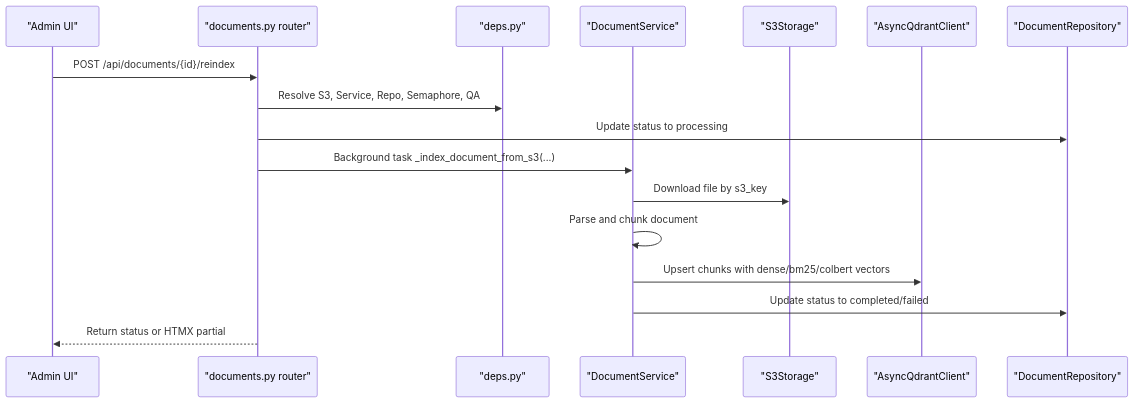
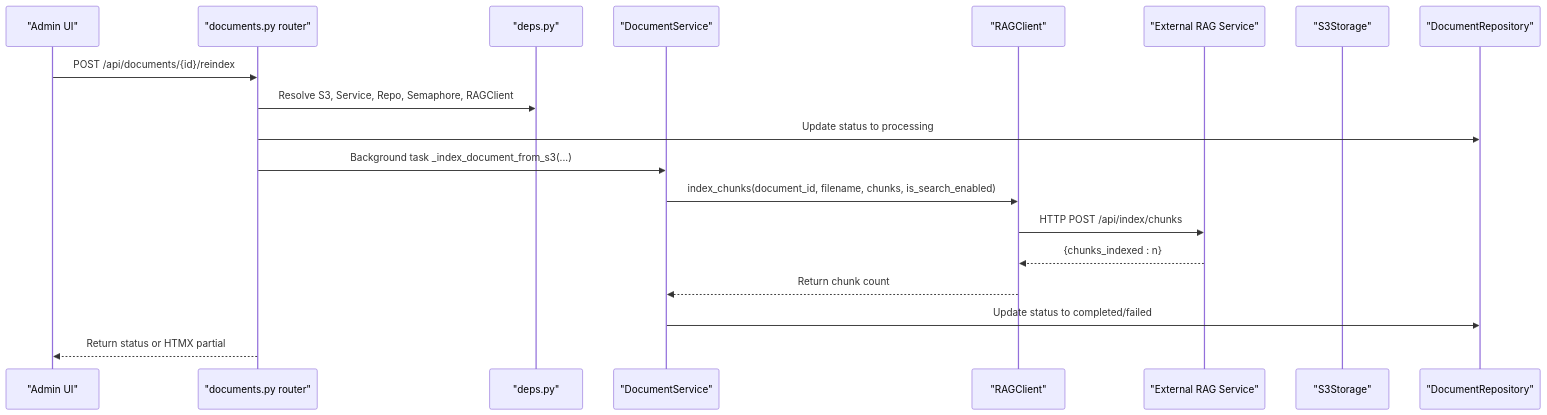
One commit to ognelis/cafetera_hr_bot changed the fifth of 10 diagrams in .qoder/repowiki/en/content/VK Integration/Admin Package Integration.md. Above: the diagram before and after it, drawn with Mermaid. The commit also changed other lines of this file and 69 other files, not shown here.

Commit message:
CAFETERA-62 Implemented RAG service

````diff
--- a/.qoder/repowiki/en/content/VK Integration/Admin Package Integration.md
+++ b/.qoder/repowiki/en/content/VK Integration/Admin Package Integration.md
@@ -191,19 +194,21 @@
 ```mermaid
 sequenceDiagram
 participant Client as "Admin UI"
 participant Docs as "documents.py router"
 participant Deps as "deps.py"
 participant Svc as "DocumentService"
+participant RAGClient as "RAGClient"
+participant RAGService as "External RAG Service"
 participant S3 as "S3Storage"
-participant Qdrant as "AsyncQdrantClient"
 participant Repo as "DocumentRepository"
 Client->>Docs : POST /api/documents/{id}/reindex
-Docs->>Deps : Resolve S3, Service, Repo, Semaphore, QA
+Docs->>Deps : Resolve S3, Service, Repo, Semaphore, RAGClient
 Docs->>Repo : Update status to processing
 Docs->>Svc : Background task _index_document_from_s3(...)
-Svc->>S3 : Download file by s3_key
-Svc->>Svc : Parse and chunk document
-Svc->>Qdrant : Upsert chunks with dense/bm25/colbert vectors
+Svc->>RAGClient : index_chunks(document_id, filename, chunks, is_search_enabled)
+RAGClient->>RAGService : HTTP POST /api/index/chunks
+RAGService-->>RAGClient : {chunks_indexed : n}
+RAGClient-->>Svc : Return chunk count
 Svc->>Repo : Update status to completed/failed
 Docs-->>Client : Return status or HTMX partial
 ```
````
